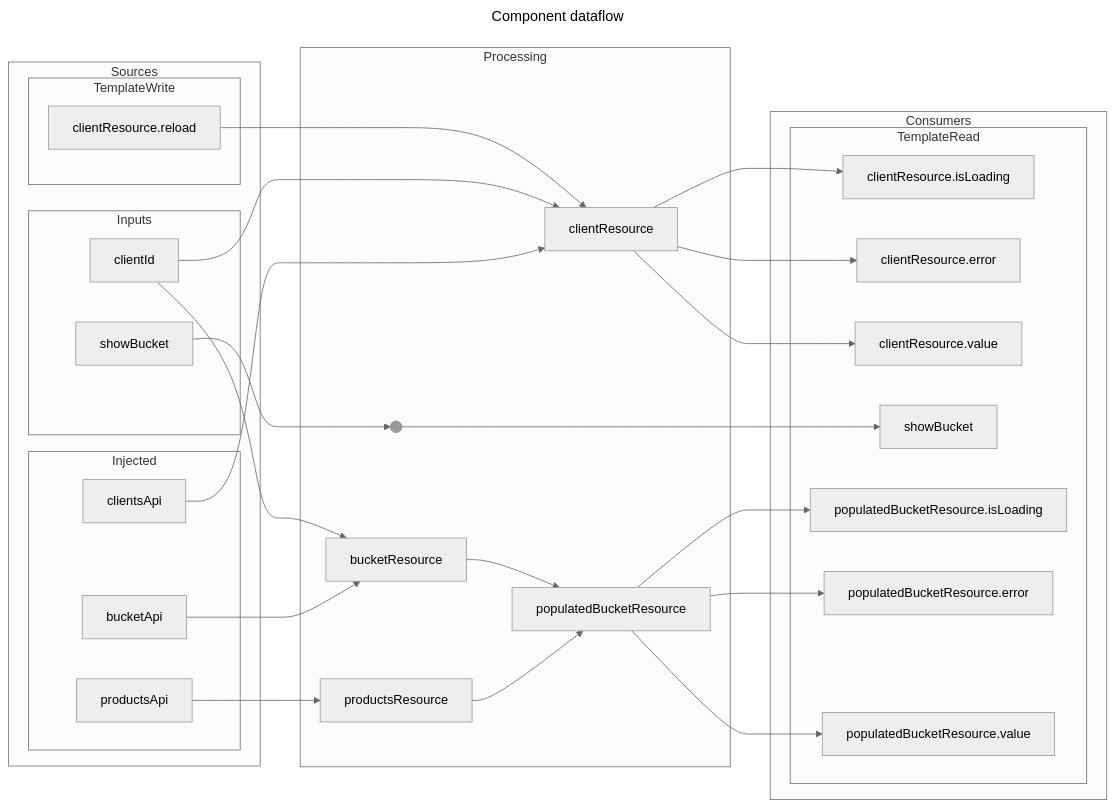
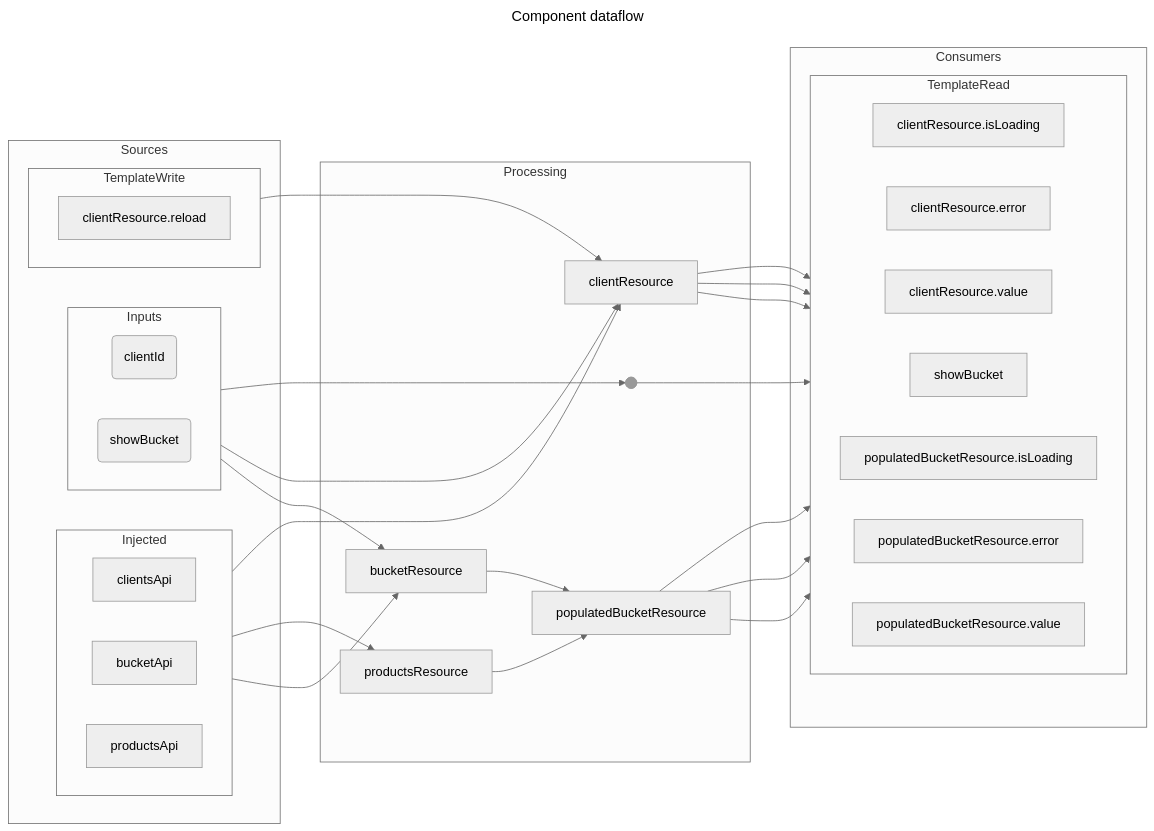
The first of 2 diagrams in src/app/components/wip/resource/resource.component.dataflow.md (earthdmitriy/rx-evo), drawn with Mermaid (neutral theme) before and after one commit. The commit also changed other lines of this file and 39 other files, not shown here.

Commit message:
updated dataflow diagrams

```diff
--- a/src/app/components/wip/resource/resource.component.dataflow.md
+++ b/src/app/components/wip/resource/resource.component.dataflow.md
@@ -7,6 +7,7 @@
 graph LR
     subgraph Sources
         subgraph Injected
+            direction LR
             Source_clientsApi["
                 clientsApi
             "]
@@ -18,14 +19,16 @@
             "]
         end
         subgraph Inputs
-            Source_clientId["
+            direction LR
+            Source_clientId("
                 clientId
-            "]
-            Source_showBucket["
+            ")
+            Source_showBucket("
                 showBucket
-            "]
+            ")
         end
         subgraph TemplateWrite
+            direction LR
             Source_clientResource.reload["
                 clientResource.reload
             "]
@@ -48,6 +51,7 @@
     end
     subgraph Consumers
         subgraph TemplateRead
+            direction LR
             Consumer_clientResource.isLoading["
                 clientResource.isLoading
             "]
```
